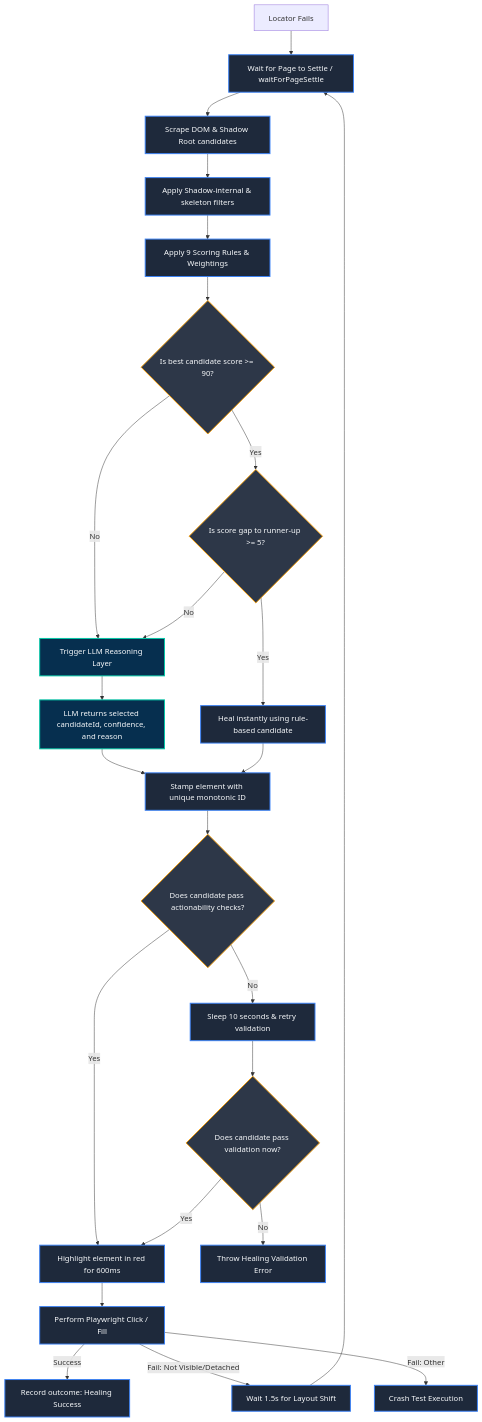
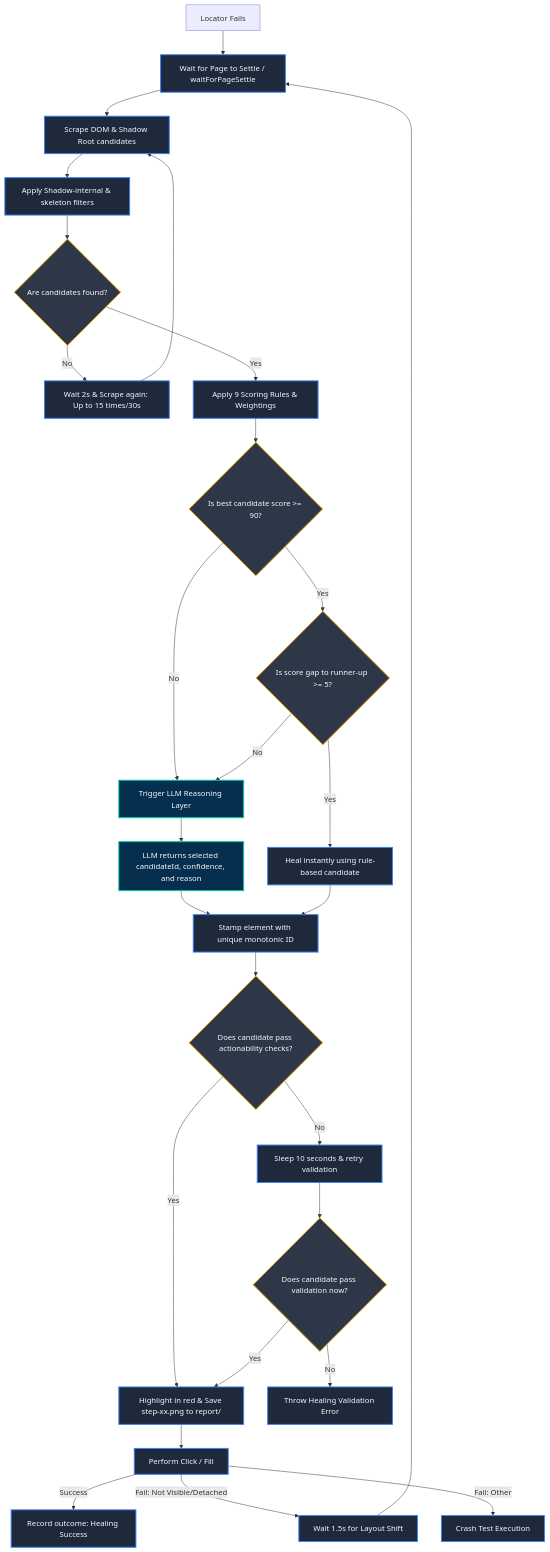
Before and after one commit to shambhoo-narwaria/reLOCATE.AI-Intelligent-Element-Recovery-Engine: the second of 3 diagrams in docs/project-architecture.md, drawn with Mermaid. The commit also changed other lines of this file and 5 other files, not shown here.

````diff
--- a/docs/project-architecture.md
+++ b/docs/project-architecture.md
@@ -45,39 +48,44 @@
 ```mermaid
 flowchart TD
     %% Styling
     classDef condition fill:#2d3748,stroke:#f59e0b,stroke-width:2px,color:#f8fafc;
     classDef action fill:#1e293b,stroke:#3b82f6,stroke-width:2px,color:#f8fafc;
     classDef aiAction fill:#062f4f,stroke:#00c9a7,stroke-width:2px,color:#f8fafc;
 
     Start[Locator Fails] --> Stabilize[Wait for Page to Settle / waitForPageSettle]:::action
     Stabilize --> Scrape[Scrape DOM & Shadow Root candidates]:::action
     Scrape --> Filter[Apply Shadow-internal & skeleton filters]:::action
-    Filter --> Score[Apply 9 Scoring Rules & Weightings]:::action
+    
+    Filter --> CandidateCheck{Are candidates found?}:::condition
+    CandidateCheck -->|No| RetryWait[Wait 2s & Scrape again: Up to 15 times/30s]:::action
+    RetryWait --> Scrape
+    
+    CandidateCheck -->|Yes| Score[Apply 9 Scoring Rules & Weightings]:::action
     
     Score --> MaxScoreCheck{Is best candidate score >= 90?}:::condition
     
     MaxScoreCheck -->|No| TriggerAI[Trigger LLM Reasoning Layer]:::aiAction
     MaxScoreCheck -->|Yes| MarginCheck{Is score gap to runner-up >= 5?}:::condition
     
     MarginCheck -->|No| TriggerAI
     MarginCheck -->|Yes| RuleHeal[Heal instantly using rule-based candidate]:::action
     
     TriggerAI --> AISelect[LLM returns selected candidateId, confidence, and reason]:::aiAction
     AISelect --> TargetStamp[Stamp element with unique monotonic ID]:::action
     RuleHeal --> TargetStamp
     
     TargetStamp --> Validate{Does candidate pass actionability checks?}:::condition
     
-    Validate -->|Yes| Highlight[Highlight element in red for 600ms]:::action
+    Validate -->|Yes| Highlight[Highlight in red & Save step-xx.png to report/]:::action
     Validate -->|No| ExtraWait[Sleep 10 seconds & retry validation]:::action
     
     ExtraWait --> Validate2{Does candidate pass validation now?}:::condition
     Validate2 -->|Yes| Highlight
     Validate2 -->|No| Fail[Throw Healing Validation Error]:::action
     
-    Highlight --> PlaywrightAction[Perform Playwright Click / Fill]:::action
-    PlaywrightAction -->|Success| Success[Record outcome: Healing Success]:::action
-    PlaywrightAction -->|Fail: Not Visible/Detached| RetryDelay[Wait 1.5s for Layout Shift]:::action
+    Highlight --> Action[Perform Click / Fill]:::action
+    Action -->|Success| Success[Record outcome: Healing Success]:::action
+    Action -->|Fail: Not Visible/Detached| RetryDelay[Wait 1.5s for Layout Shift]:::action
     RetryDelay --> Stabilize
-    PlaywrightAction -->|Fail: Other| HardFail[Crash Test Execution]:::action
+    Action -->|Fail: Other| HardFail[Crash Test Execution]:::action
 ```
````
